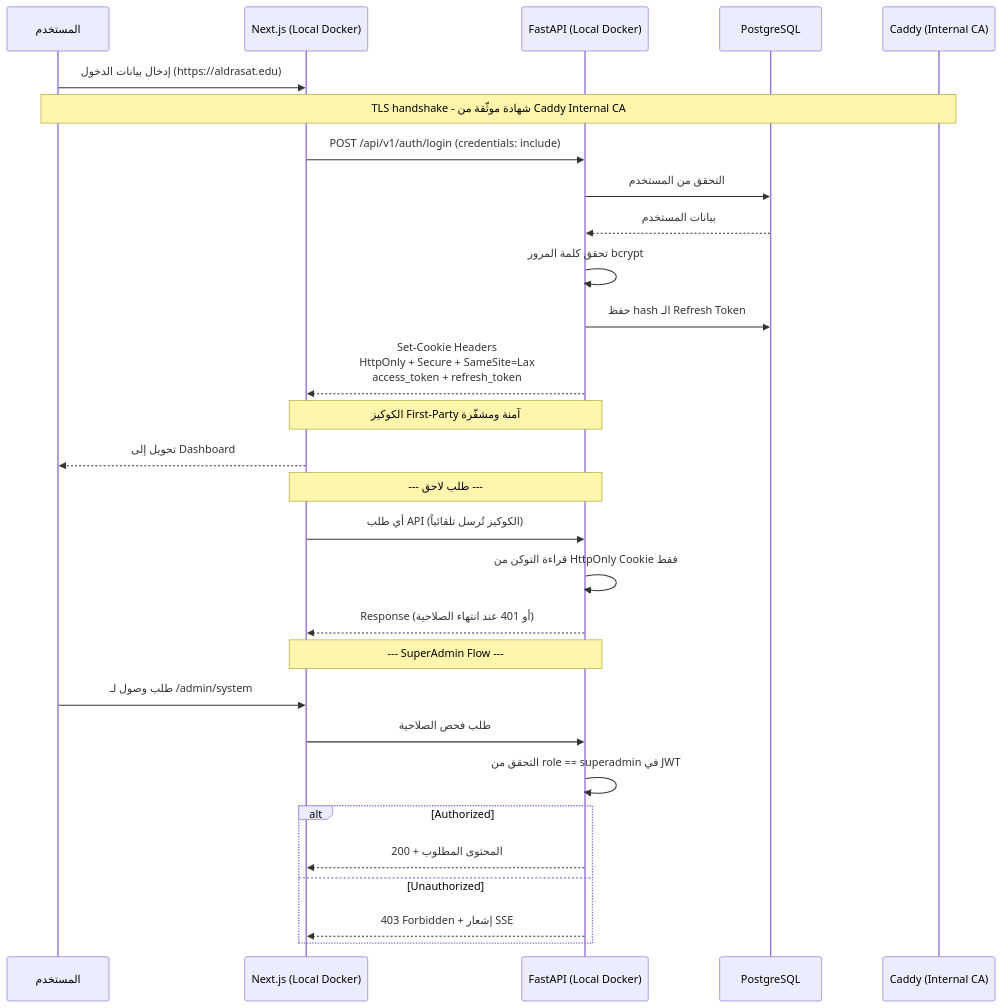
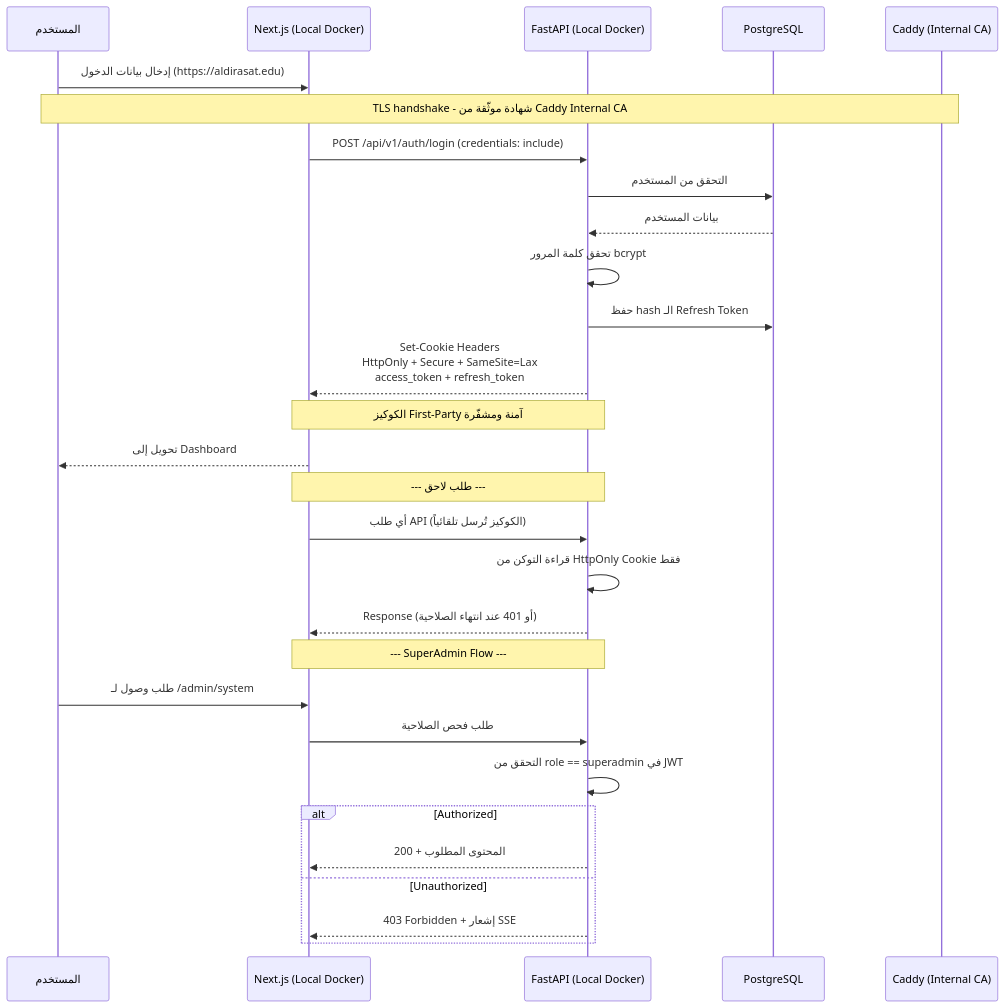
The third of 11 diagrams in docs/archive/plans/Plan-v1.6.md (Mahbob25/ILMS-IERP), drawn with Mermaid before and after one commit. The commit also changed other lines of this file and 29 other files, not shown here.

First line of the commit message:
fix: correct "aldrasat" typo to "aldirasat" everywhere

````diff
--- a/docs/archive/plans/Plan-v1.6.md
+++ b/docs/archive/plans/Plan-v1.6.md
@@ -366,34 +366,34 @@
 ```mermaid
 sequenceDiagram
     participant U as المستخدم
     participant F as Next.js (Local Docker)
     participant B as FastAPI (Local Docker)
     participant DB as PostgreSQL
     participant Caddy as Caddy (Internal CA)
 
-    U->>F: إدخال بيانات الدخول (https://aldrasat.edu)
+    U->>F: إدخال بيانات الدخول (https://aldirasat.edu)
     Note over U,Caddy: TLS handshake - شهادة موثّقة من Caddy Internal CA
     F->>B: POST /api/v1/auth/login (credentials: include)
     B->>DB: التحقق من المستخدم
     DB-->>B: بيانات المستخدم
     B->>B: تحقق كلمة المرور bcrypt
     B->>DB: حفظ hash الـ Refresh Token
     B-->>F: Set-Cookie Headers<br/>HttpOnly + Secure + SameSite=Lax<br/>access_token + refresh_token
     Note over F,B: الكوكيز First-Party آمنة ومشفّرة
     F-->>U: تحويل إلى Dashboard
 
     Note over F,B: --- طلب لاحق ---
     F->>B: أي طلب API (الكوكيز تُرسل تلقائياً)
     B->>B: قراءة التوكن من HttpOnly Cookie فقط
     B-->>F: Response (أو 401 عند انتهاء الصلاحية)
 
     Note over F,B: --- SuperAdmin Flow ---
     U->>F: طلب وصول لـ /admin/system
     F->>B: طلب فحص الصلاحية
     B->>B: التحقق من role == superadmin في JWT
     alt Authorized
         B-->>F: 200 + المحتوى المطلوب
     else Unauthorized
         B-->>F: 403 Forbidden + إشعار SSE
     end
 ```
````
